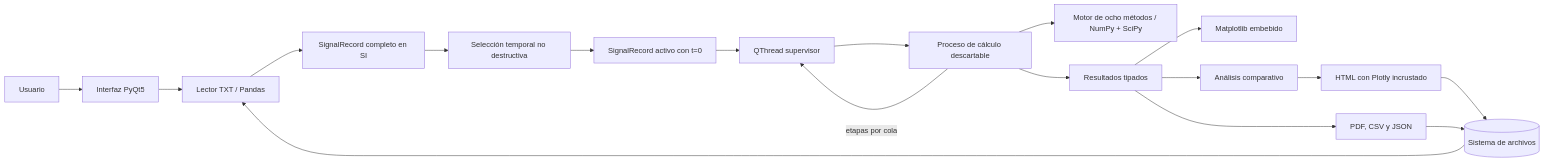
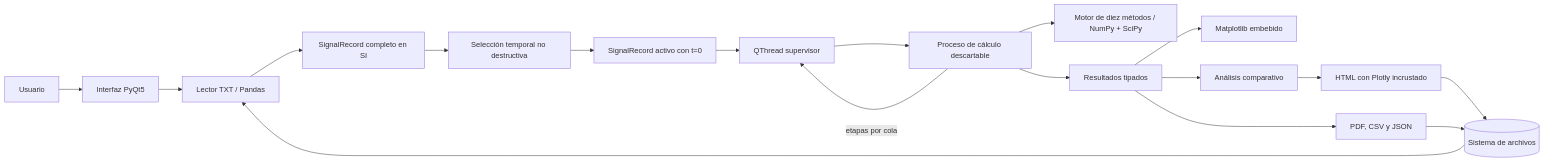
Before and after one commit to jolumartinez/desp_from_acc: the first of 2 diagrams in docs/desp_desktop_app/01_arquitectura_y_flujo.md, drawn with Mermaid. The commit also changed other lines of this file and 29 other files, not shown here.

````diff
--- a/docs/desp_desktop_app/01_arquitectura_y_flujo.md
+++ b/docs/desp_desktop_app/01_arquitectura_y_flujo.md
@@ -11,20 +11,20 @@
 ```mermaid
 flowchart LR
     U[Usuario] --> QT[Interfaz PyQt5]
     QT --> IO[Lector TXT / Pandas]
     IO --> S[SignalRecord completo en SI]
     S --> X[Selección temporal no destructiva]
     X --> A[SignalRecord activo con t=0]
     A --> Q[QThread supervisor]
     Q --> E[Proceso de cálculo descartable]
-    E --> N[Motor de ocho métodos / NumPy + SciPy]
+    E --> N[Motor de diez métodos / NumPy + SciPy]
     E -->|etapas por cola| Q
     E --> R[Resultados tipados]
     R --> V[Matplotlib embebido]
     R --> C[Análisis comparativo]
     C --> H[HTML con Plotly incrustado]
     R --> P[PDF, CSV y JSON]
     D[(Sistema de archivos)] --> IO
     H --> D
     P --> D
 ```
````
